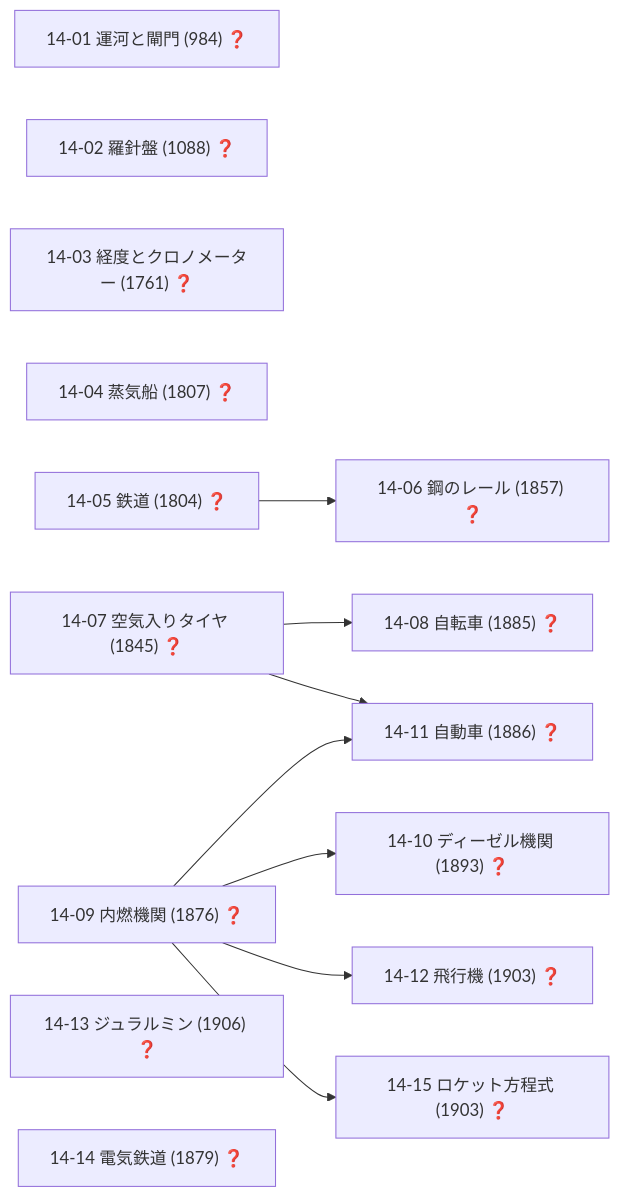
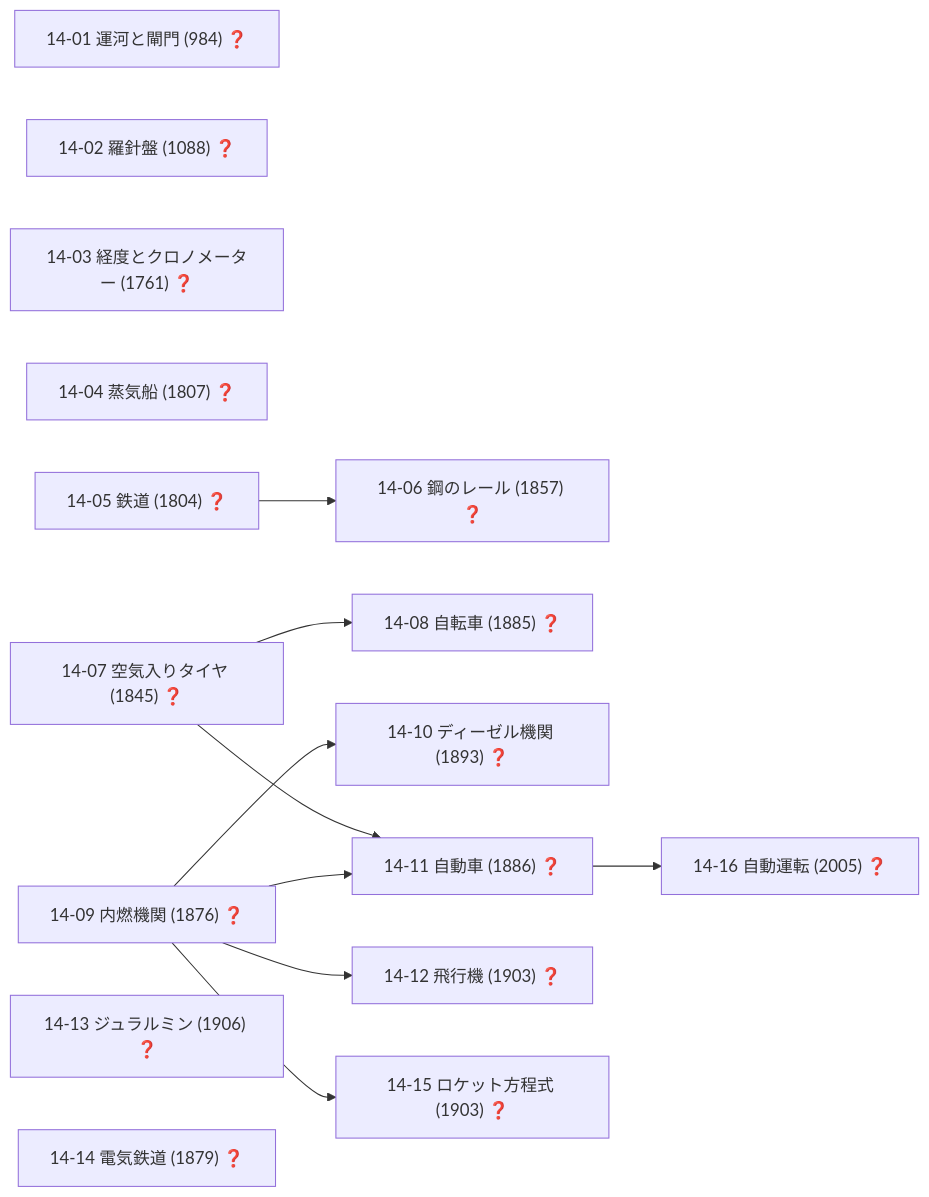
One commit to taku3i0317-collab/semiconductor-lab changed diagram 17 of 19 in docs/TECH_TREE_VIEW.md. Above: the diagram before and after it, drawn with Mermaid. The commit also changed other lines of this file and 9 other files, not shown here.

````diff
--- a/docs/TECH_TREE_VIEW.md
+++ b/docs/TECH_TREE_VIEW.md
@@ -820,25 +836,27 @@
 ```mermaid
 graph LR
   n14_01["14-01 運河と閘門 (984) ❓"]
   n14_02["14-02 羅針盤 (1088) ❓"]
   n14_03["14-03 経度とクロノメーター (1761) ❓"]
   n14_04["14-04 蒸気船 (1807) ❓"]
   n14_05["14-05 鉄道 (1804) ❓"]
   n14_06["14-06 鋼のレール (1857) ❓"]
   n14_07["14-07 空気入りタイヤ (1845) ❓"]
   n14_08["14-08 自転車 (1885) ❓"]
   n14_09["14-09 内燃機関 (1876) ❓"]
   n14_10["14-10 ディーゼル機関 (1893) ❓"]
   n14_11["14-11 自動車 (1886) ❓"]
   n14_12["14-12 飛行機 (1903) ❓"]
   n14_13["14-13 ジュラルミン (1906) ❓"]
   n14_14["14-14 電気鉄道 (1879) ❓"]
   n14_15["14-15 ロケット方程式 (1903) ❓"]
+  n14_16["14-16 自動運転 (2005) ❓"]
   n14_05-->n14_06
   n14_07-->n14_08
   n14_09-->n14_10
   n14_07-->n14_11
   n14_09-->n14_11
   n14_09-->n14_12
   n14_09-->n14_15
+  n14_11-->n14_16
 ```
````
